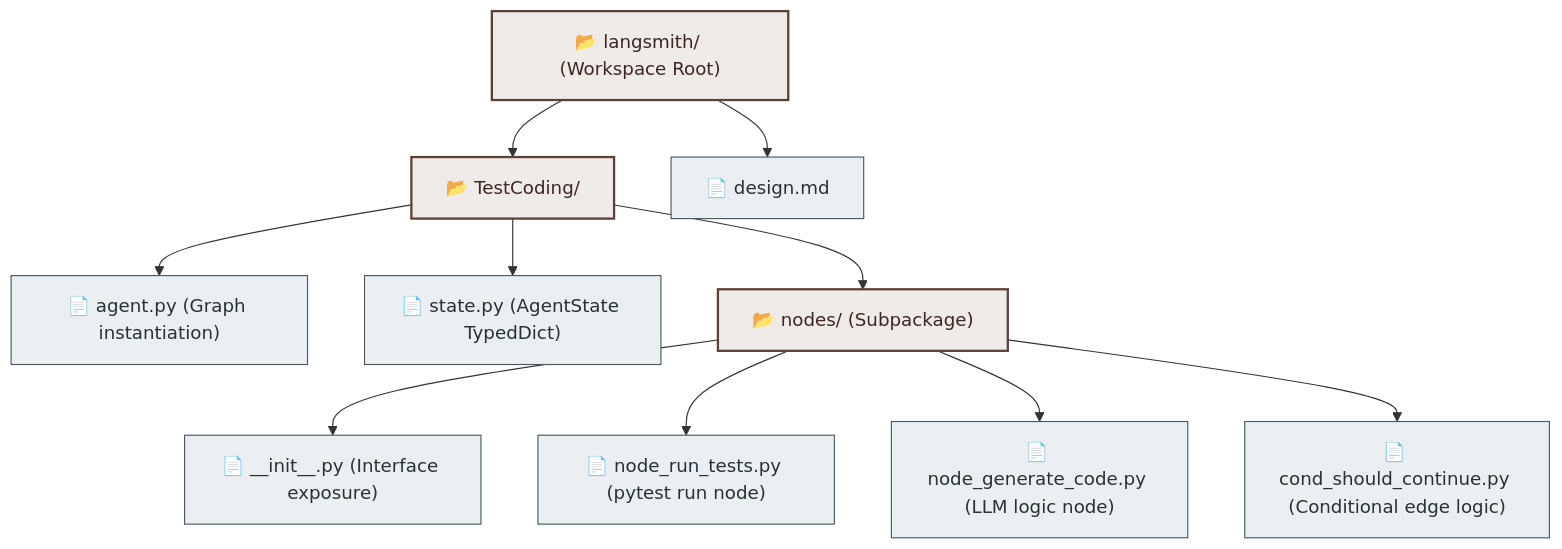
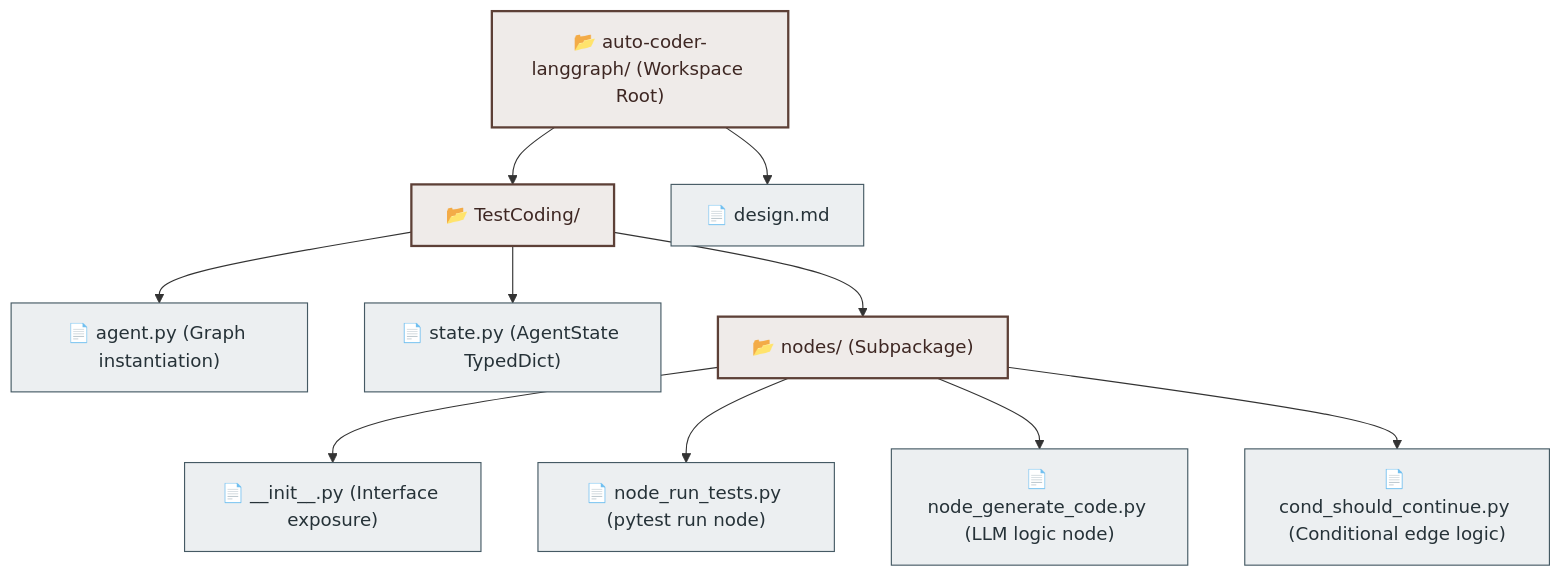
Before and after one commit to boycececil666gmailcom/test-led-python-coder-agent: the third of 3 diagrams in README.md, drawn with Mermaid. The commit also changed 15 other files, not shown here.

````diff
--- a/README.md
+++ b/README.md
@@ -68,18 +68,18 @@
 ```mermaid
 graph TD
     classDef dir fill:#efebe9,stroke:#5d4037,stroke-width:2px,color:#3e2723;
     classDef file fill:#eceff1,stroke:#455a64,stroke-width:1px,color:#263238;
 
-    Workspace["📂 langsmith/ (Workspace Root)"]:::dir
+    Workspace["📂 auto-coder-langgraph/ (Workspace Root)"]:::dir
     Workspace --> TestCoding["📂 TestCoding/"]:::dir
     Workspace --> design_md["📄 design.md"]:::file
     
     TestCoding --> agent_py["📄 agent.py (Graph instantiation)"]:::file
     TestCoding --> state_py["📄 state.py (AgentState TypedDict)"]:::file
     TestCoding --> nodes_dir["📂 nodes/ (Subpackage)"]:::dir
     
     nodes_dir --> init_py["📄 __init__.py (Interface exposure)"]:::file
     nodes_dir --> node_run_tests_py["📄 node_run_tests.py (pytest run node)"]:::file
     nodes_dir --> node_generate_code_py["📄 node_generate_code.py (LLM logic node)"]:::file
     nodes_dir --> cond_should_continue_py["📄 cond_should_continue.py (Conditional edge logic)"]:::file
 ```
````
